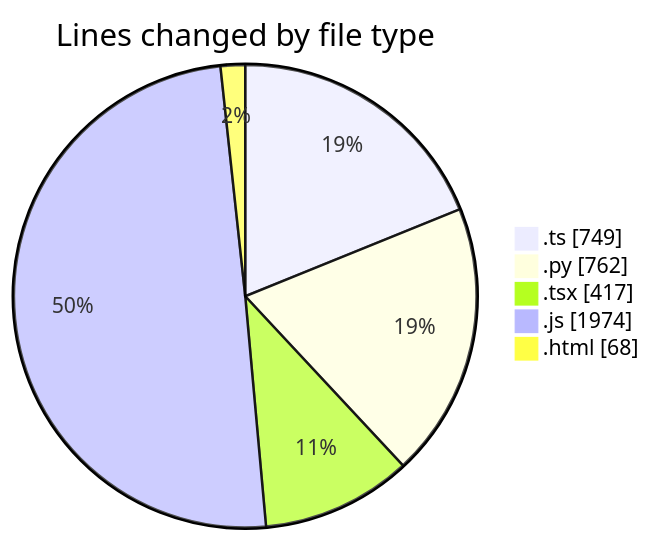
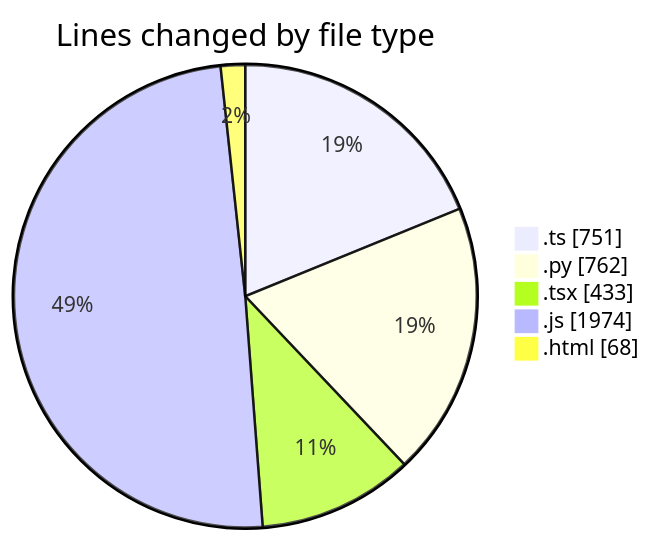
The first of 2 diagrams in 2025-05-19/niten/README.md (Elitesun/code-tracking), drawn with Mermaid before and after one commit. The commit also changed other lines of this file and 1 other file, not shown here.

````diff
--- a/2025-05-19/niten/README.md
+++ b/2025-05-19/niten/README.md
@@ -38,9 +38,9 @@
 ```mermaid
 pie showData
 title Lines changed by file type
-".ts" : 749
+".ts" : 751
 ".py" : 762
-".tsx" : 417
+".tsx" : 433
 ".js" : 1974
 ".html" : 68
 ```
````
